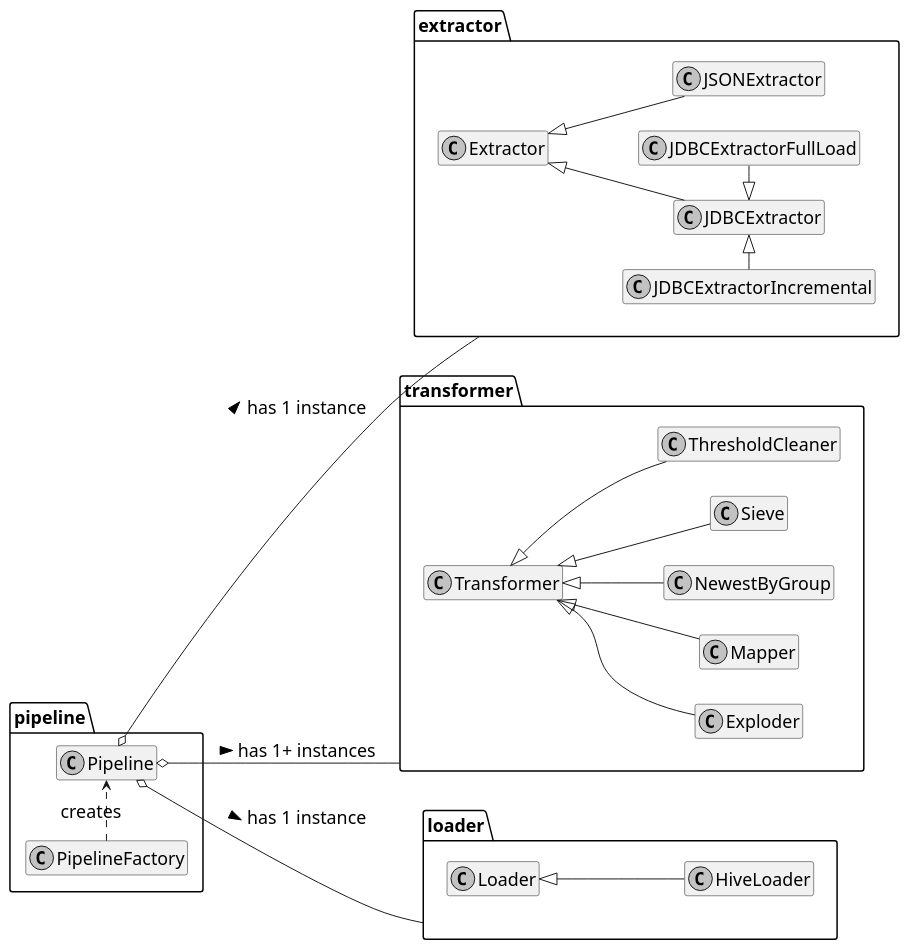
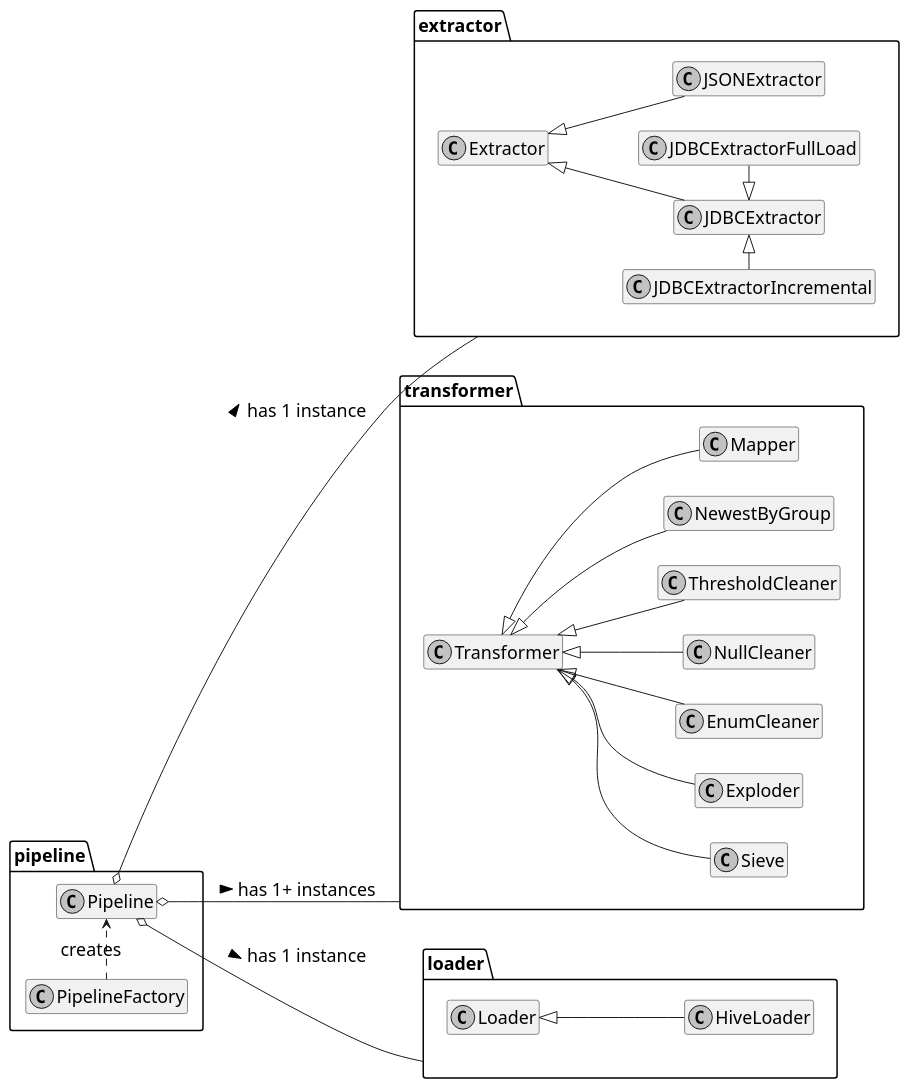
Before and after one commit to Breaka84/Spooq: the diagram in docs/source/diagrams/from_thesis/class_diagram/simple_class_diagram.puml, drawn with PlantUML. The commit also changed 20 other files, not shown here.

```diff
--- a/docs/source/diagrams/from_thesis/class_diagram/simple_class_diagram.puml
+++ b/docs/source/diagrams/from_thesis/class_diagram/simple_class_diagram.puml
@@ -1,65 +1,69 @@
 @startuml
 
 skinparam monochrome true
 skinparam defaultFontname Bitstream Vera Sans Mono
 skinparam defaultFontSize 18
 
 left to right direction
 hide empty members
 
 ' namespace spooq {
   namespace extractor {
 
       class Extractor {
       }
       Extractor <|-- JSONExtractor
       class JSONExtractor{
       }
       Extractor <|-- JDBCExtractor
       class JDBCExtractor{
       }
       JDBCExtractor <|- JDBCExtractorFullLoad
       class JDBCExtractorFullLoad {
       }
       JDBCExtractorIncremental -|> JDBCExtractor
       class JDBCExtractorIncremental {
       }
 
   }
   namespace transformer{
 
     class Transformer
+    Transformer <|-- Sieve
+    class Sieve
     Transformer <|-- Exploder
     class Exploder
+    Transformer <|-- EnumCleaner
+    class EnumCleaner
+    Transformer <|-- NullCleaner
+    class NullCleaner
+    Transformer <|-- ThresholdCleaner
+    class ThresholdCleaner
+    Transformer <|-- NewestByGroup
+    class NewestByGroup
     Transformer <|-- Mapper
     class Mapper
-    Transformer <|-- NewestByGroup
-    class NewestByGroup
-    Transformer <|-- Sieve
-    class Sieve
-    Transformer <|-- ThresholdCleaner
-    class ThresholdCleaner
 
   }
   namespace loader {
 
     class Loader
     Loader <|-- HiveLoader
     class HiveLoader
   }
   namespace pipeline {
 
     class Pipeline
     Pipeline o-- extractor : has 1 instance >
     Pipeline o-- transformer : has 1+ instances >
     Pipeline o-- loader : has 1 instance >
 
     class PipelineFactory
     PipelineFactory .> Pipeline : "creates"
   }
 ' }
 
 ' skinparam ClassArrowFontSize 18
 skinparam ClassRelationFontSize 30
 
 @enduml
```
